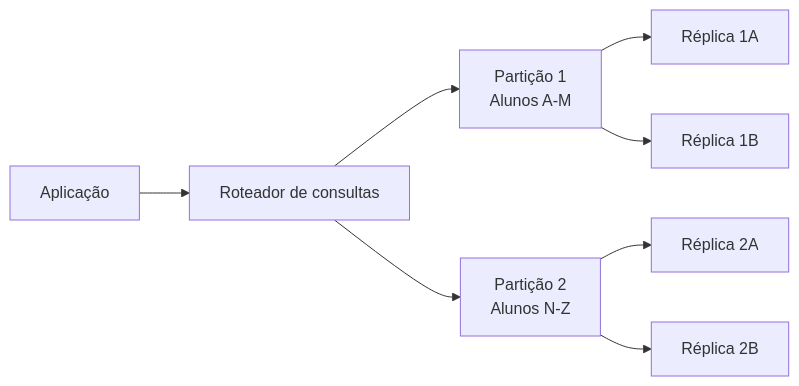
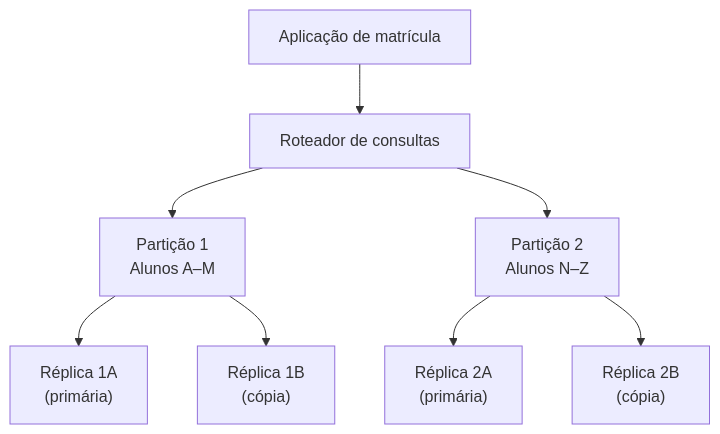
Before and after one commit to BragaD/UnDF-BancodeDados-202601: the diagram in content/cap06/01-por-que-distribuir.qmd, drawn with Mermaid. The commit also changed other lines of this file and 13 other files, not shown here.

````diff
--- a/content/cap06/01-por-que-distribuir.qmd
+++ b/content/cap06/01-por-que-distribuir.qmd
@@ -32,10 +47,10 @@
 ```{mermaid}
-flowchart LR
-    app["Aplicação"] --> router["Roteador de consultas"]
-    router --> p1["Partição 1<br/>Alunos A-M"]
-    router --> p2["Partição 2<br/>Alunos N-Z"]
-    p1 --> r1["Réplica 1A"]
-    p1 --> r2["Réplica 1B"]
-    p2 --> r3["Réplica 2A"]
-    p2 --> r4["Réplica 2B"]
+flowchart TD
+    app["Aplicação de matrícula"] --> router["Roteador de consultas"]
+    router --> p1["Partição 1<br/>Alunos A–M"]
+    router --> p2["Partição 2<br/>Alunos N–Z"]
+    p1 --> r1a["Réplica 1A<br/>(primária)"]
+    p1 --> r1b["Réplica 1B<br/>(cópia)"]
+    p2 --> r2a["Réplica 2A<br/>(primária)"]
+    p2 --> r2b["Réplica 2B<br/>(cópia)"]
 ```
````
